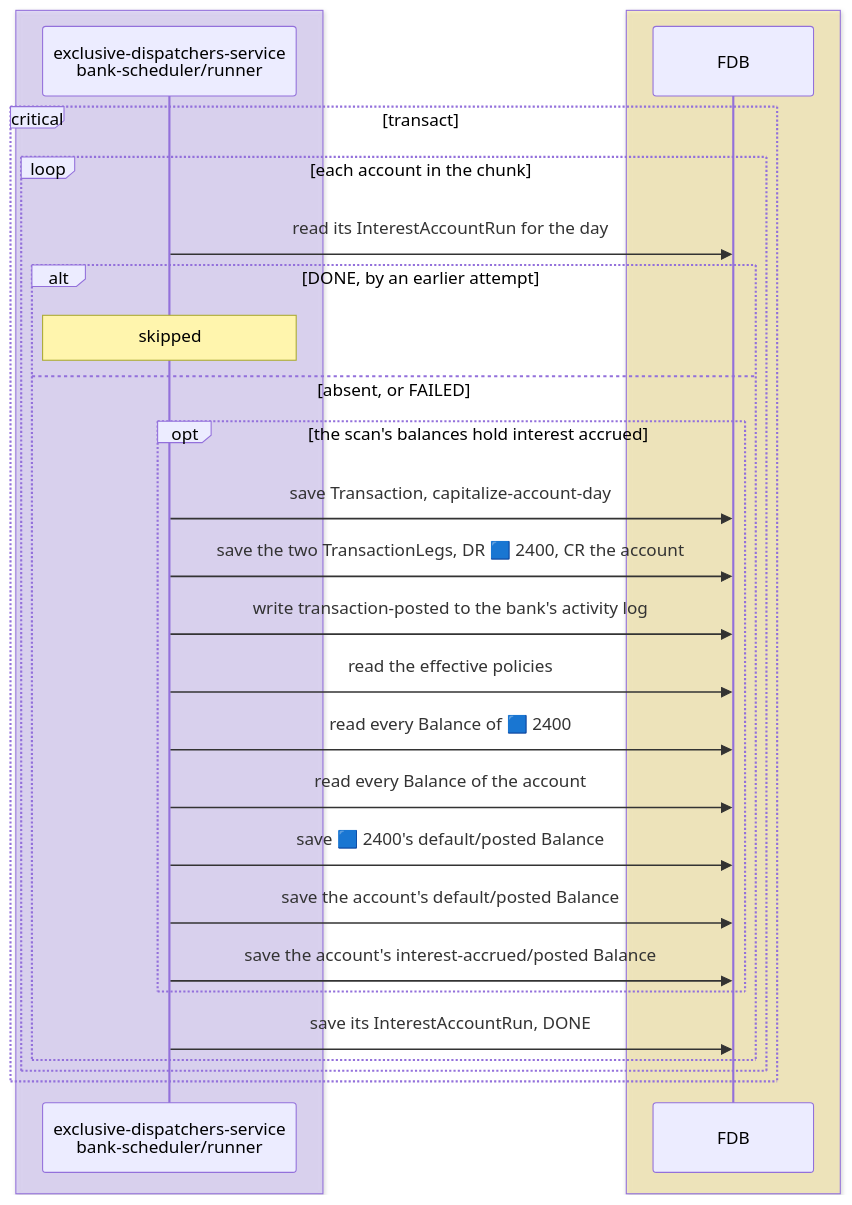
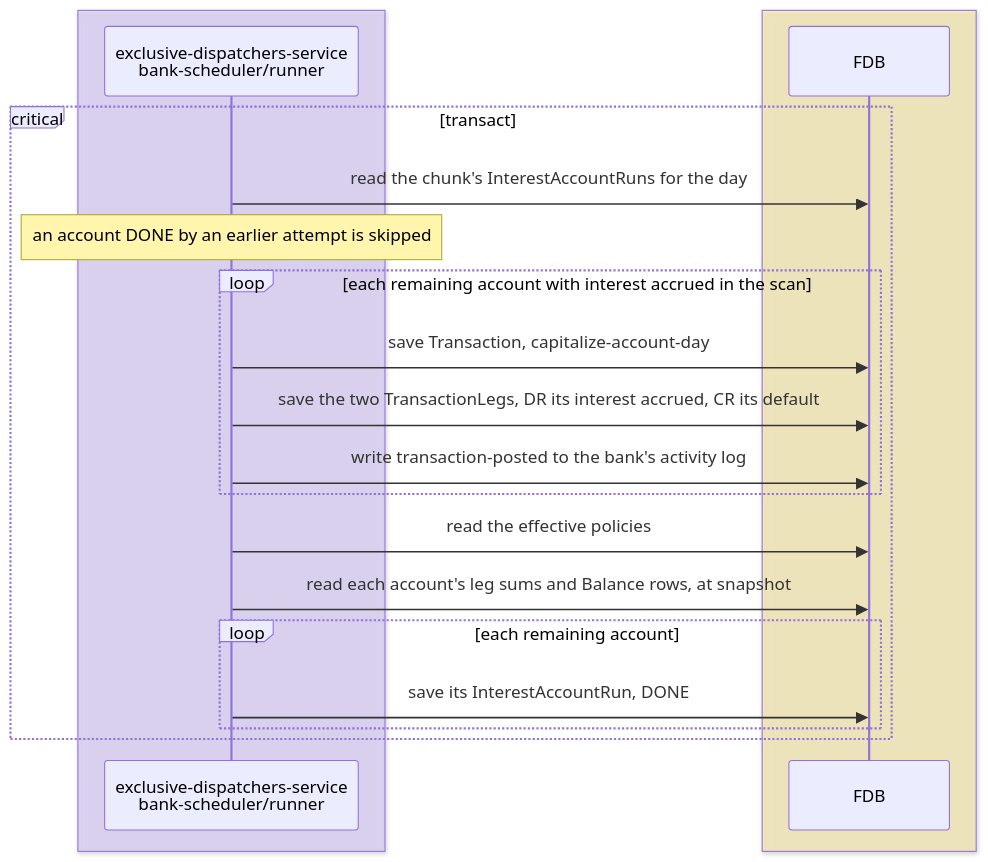
Before and after one commit to repldriven/queenswood: the fourth of 4 diagrams in docs/tdd/interest.md, drawn with Mermaid. The commit also changed other lines of this file and 46 other files, not shown here.

First line of the commit message:
Post interest as legs, eight chunks at once, so a run reads and rewrites no balance row and the books balance after every chunk (#839)

````diff
--- a/docs/tdd/interest.md
+++ b/docs/tdd/interest.md
@@ -380,30 +363,23 @@
 ```mermaid
 sequenceDiagram
     box rgba(208, 191, 255, 0.45)
     participant R as exclusive-dispatchers-service<br/>bank-scheduler/runner
     end
     box rgba(255, 236, 153, 0.5)
     participant DB as FDB
     end
     critical transact
-    loop each account in the chunk
-    R->>DB: read its InterestAccountRun for the day
-    alt DONE, by an earlier attempt
-    Note over R: skipped
-    else absent, or FAILED
-    opt the scan's balances hold interest accrued
+    R->>DB: read the chunk's InterestAccountRuns for the day
+    Note over R: an account DONE by an earlier attempt is skipped
+    loop each remaining account with interest accrued in the scan
     R->>DB: save Transaction, capitalize-account-day
-    R->>DB: save the two TransactionLegs, DR 🟦 2400, CR the account
+    R->>DB: save the two TransactionLegs, DR its interest accrued, CR its default
     R->>DB: write transaction-posted to the bank's activity log
+    end
     R->>DB: read the effective policies
-    R->>DB: read every Balance of 🟦 2400
-    R->>DB: read every Balance of the account
-    R->>DB: save 🟦 2400's default/posted Balance
-    R->>DB: save the account's default/posted Balance
-    R->>DB: save the account's interest-accrued/posted Balance
-    end
+    R->>DB: read each account's leg sums and Balance rows, at snapshot
+    loop each remaining account
     R->>DB: save its InterestAccountRun, DONE
     end
     end
-    end
 ```
````
